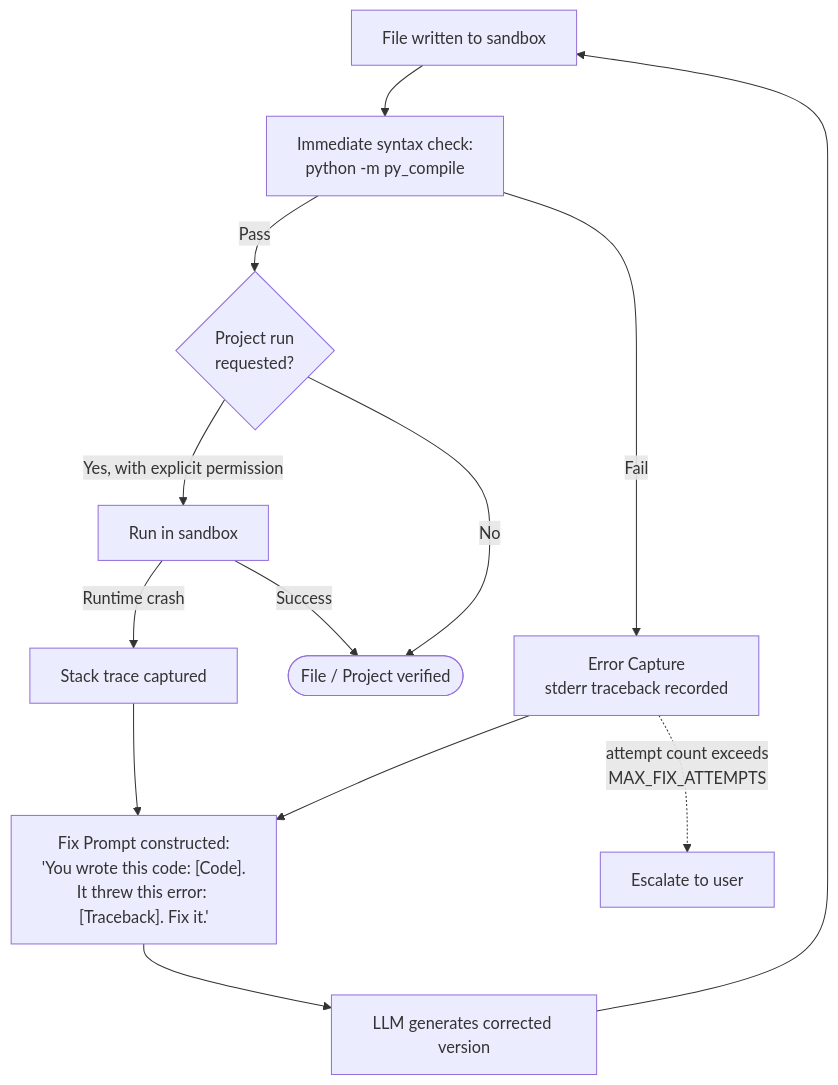
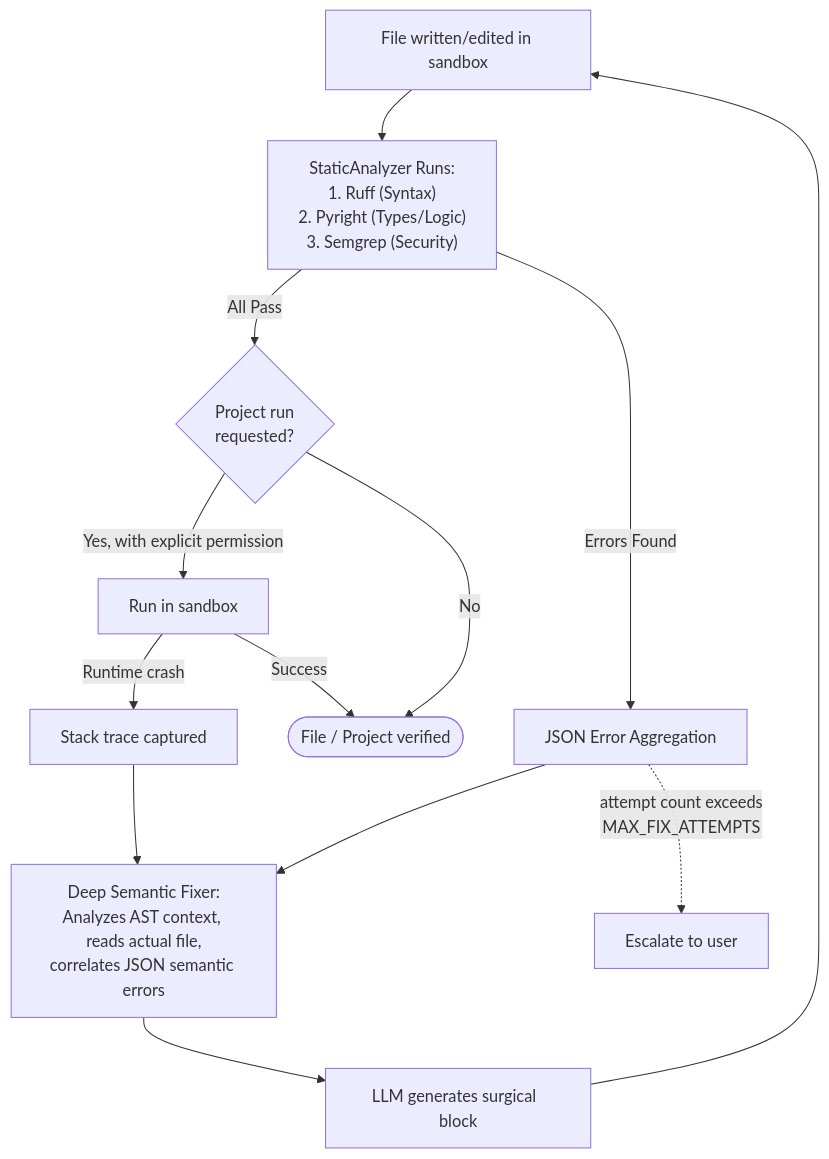
One commit to abhinav-vasudevan/Context-agent changed the eighth of 11 diagrams in Context_Agent_Approach_Document.md. Above: the diagram before and after it, drawn with Mermaid. The commit also changed other lines of this file and 14 other files, not shown here.

Commit message:
deep semantic analyser(Ruff, Pyright, Semgrep)

````diff
--- a/Context_Agent_Approach_Document.md
+++ b/Context_Agent_Approach_Document.md
@@ -347,16 +369,16 @@
 ```mermaid
 flowchart TD
-    W[File written to sandbox] --> S["Immediate syntax check:<br/>python -m py_compile <file>"]
-    S -->|Pass| RT{Project run<br/>requested?}
-    S -->|Fail| EC[Error Capture<br/>stderr traceback recorded]
-    EC --> FP["Fix Prompt constructed:<br/>'You wrote this code: [Code].<br/>It threw this error: [Traceback]. Fix it.'"]
-    FP --> Regen[LLM generates corrected version]
+    W[File written/edited in sandbox] --> SA["StaticAnalyzer Runs:<br/>1. Ruff (Syntax)<br/>2. Pyright (Types/Logic)<br/>3. Semgrep (Security)"]
+    SA -->|All Pass| RT{Project run<br/>requested?}
+    SA -->|Errors Found| EC[JSON Error Aggregation]
+    EC --> FP["Deep Semantic Fixer:<br/>Analyzes AST context, reads actual file,<br/>correlates JSON semantic errors"]
+    FP --> Regen[LLM generates surgical <edit_file> block]
     Regen --> W
     EC -.->|attempt count exceeds<br/>MAX_FIX_ATTEMPTS| Halt[Escalate to user]
 
     RT -->|Yes, with explicit permission| Exec[Run in sandbox]
     Exec -->|Runtime crash| RTErr[Stack trace captured]
     RTErr --> FP
     Exec -->|Success| Done([File / Project verified])
     RT -->|No| Done
 ```
````
